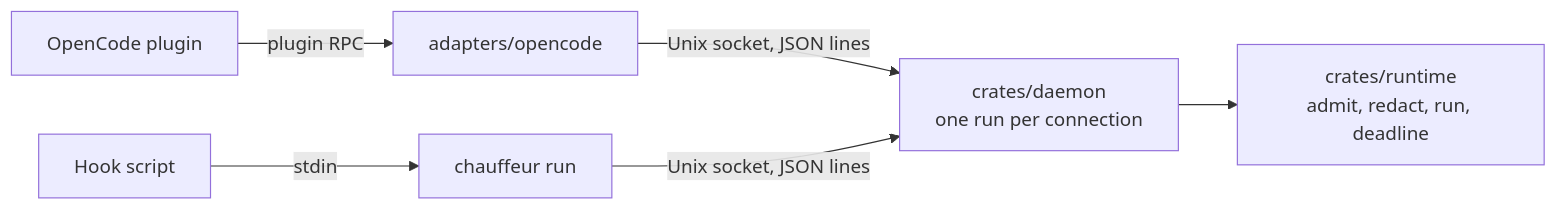
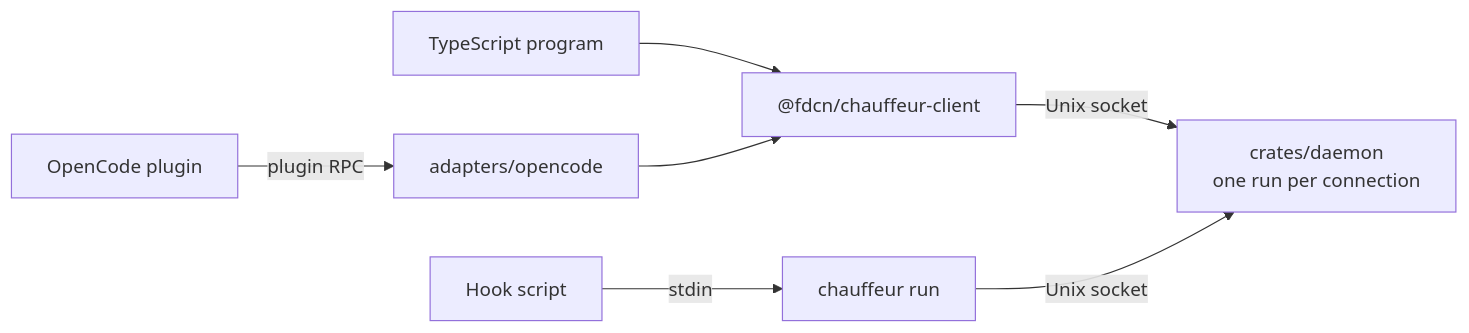
The sixth of 6 diagrams in docs/plans/pluggability.md (StevenJPx2/chauffeur), drawn with Mermaid before and after one commit. The commit also changed other lines of this file and 1 other file, not shown here.

First line of the commit message:
docs(plans): what is a rule, a behavior, a client and an adapter

````diff
--- a/docs/plans/pluggability.md
+++ b/docs/plans/pluggability.md
@@ -606,8 +658,9 @@
 ```mermaid
 flowchart LR
+    Program["TypeScript program"] --> Client["@fdcn/chauffeur-client"]
     Plugin["OpenCode plugin"] -- "plugin RPC" --> OpenCode["adapters/opencode"]
+    OpenCode --> Client
     Script["Hook script"] -- "stdin" --> Cli["chauffeur run"]
-    OpenCode -- "Unix socket, JSON lines" --> Daemon["crates/daemon<br/>one run per connection"]
-    Cli -- "Unix socket, JSON lines" --> Daemon
-    Daemon --> Runtime["crates/runtime<br/>admit, redact, run, deadline"]
+    Client -- "Unix socket" --> Daemon["crates/daemon<br/>one run per connection"]
+    Cli -- "Unix socket" --> Daemon
 ```
````
